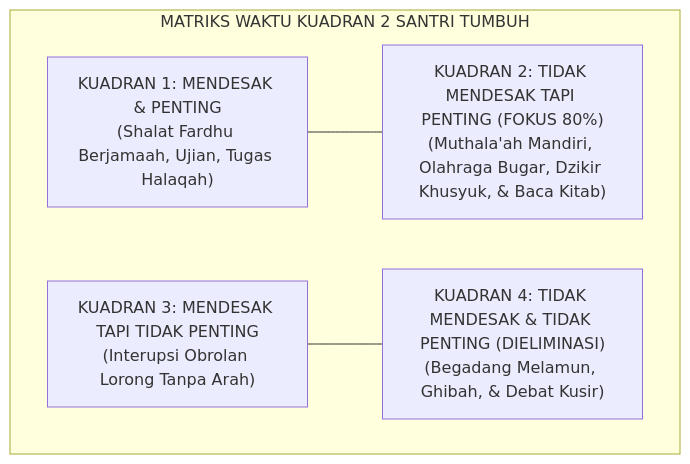
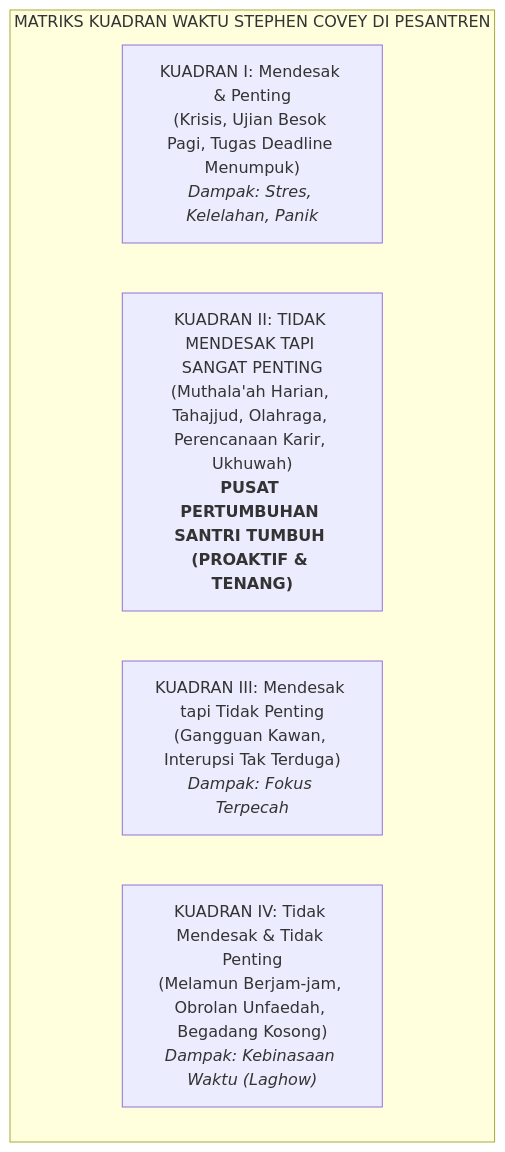
The second of 2 diagrams in BOOK-SERIES/Volume-02/Bab-02-Profil-10-Muwashafat-Karakter-Santri/09-Haritsun-ala-Waqtihi.md (wandiapriliyandi/tumbuh), drawn with Mermaid before and after one commit. The commit also changed other lines of this file and 18 other files, not shown here.

````diff
--- a/BOOK-SERIES/Volume-02/Bab-02-Profil-10-Muwashafat-Karakter-Santri/09-Haritsun-ala-Waqtihi.md
+++ b/BOOK-SERIES/Volume-02/Bab-02-Profil-10-Muwashafat-Karakter-Santri/09-Haritsun-ala-Waqtihi.md
@@ -19,12 +70,12 @@
 ```mermaid
 graph TD
-    subgraph MatriksPrioritas["MATRIKS WAKTU KUADRAN 2 SANTRI TUMBUH"]
-        K1["KUADRAN 1: MENDESAK & PENTING<br/>(Shalat Fardhu Berjamaah, Ujian, Tugas Halaqah)"]
-        K2["KUADRAN 2: TIDAK MENDESAK TAPI PENTING (FOKUS 80%)<br/>(Muthala'ah Mandiri, Olahraga Bugar, Dzikir Khusyuk, & Baca Kitab)"]
-        K3["KUADRAN 3: MENDESAK TAPI TIDAK PENTING<br/>(Interupsi Obrolan Lorong Tanpa Arah)"]
-        K4["KUADRAN 4: TIDAK MENDESAK & TIDAK PENTING (DIELIMINASI)<br/>(Begadang Melamun, Ghibah, & Debat Kusir)"]
+    subgraph MatriksWaktu["MATRIKS KUADRAN WAKTU STEPHEN COVEY DI PESANTREN"]
+        Q1["KUADRAN I: Mendesak & Penting<br/>(Krisis, Ujian Besok Pagi, Tugas Deadline Menumpuk)<br/><i>Dampak: Stres, Kelelahan, Panik</i>"]
         
-        K1 --- K2
-        K3 --- K4
+        Q2["KUADRAN II: TIDAK MENDESAK TAPI SANGAT PENTING<br/>(Muthala'ah Harian, Tahajjud, Olahraga, Perencanaan Karir, Ukhuwah)<br/><b>PUSAT PERTUMBUHAN SANTRI TUMBUH (PROAKTIF & TENANG)</b>"]
+        
+        Q3["KUADRAN III: Mendesak tapi Tidak Penting<br/>(Gangguan Kawan, Interupsi Tak Terduga)<br/><i>Dampak: Fokus Terpecah</i>"]
+        
+        Q4["KUADRAN IV: Tidak Mendesak & Tidak Penting<br/>(Melamun Berjam-jam, Obrolan Unfaedah, Begadang Kosong)<br/><i>Dampak: Kebinasaan Waktu (Laghow)</i>"]
     end
 ```
````
